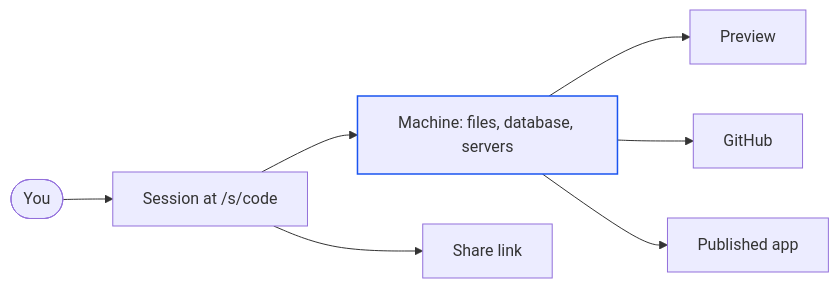
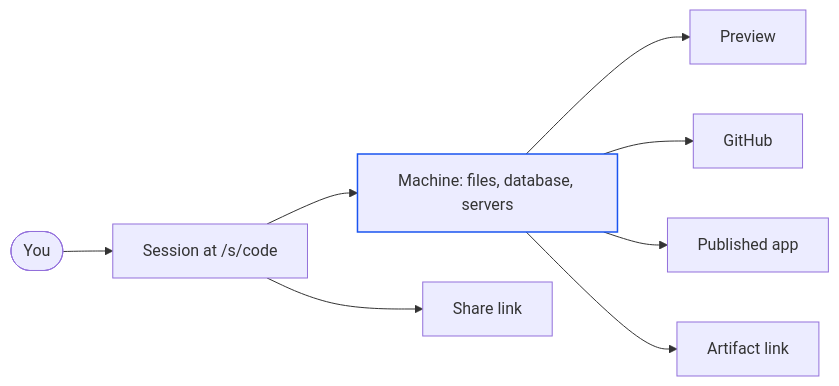
Before and after one commit to suyash-lyzr/alpha-documentation: the first of 2 diagrams in get-started/how-alpha-works.mdx, drawn with Mermaid. The commit also changed other lines of this file and 11 other files, not shown here.

````diff
--- a/get-started/how-alpha-works.mdx
+++ b/get-started/how-alpha-works.mdx
@@ -11,11 +11,12 @@
 ```mermaid
 flowchart LR
   you([You]) --> session["Session at /s/code"]
   session --> machine["Machine: files, database, servers"]
   session --> share["Share link"]
   machine --> preview["Preview"]
   machine --> github["GitHub"]
   machine --> published["Published app"]
+  machine --> artifact["Artifact link"]
   classDef focus stroke:#1A54F0,stroke-width:1.5px;
   class machine focus
 ```
````
